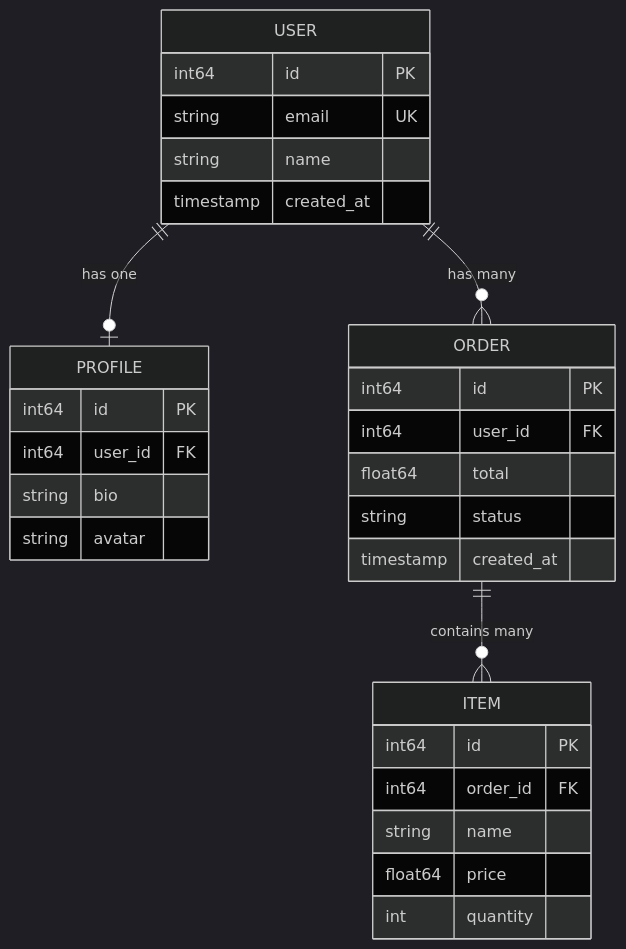
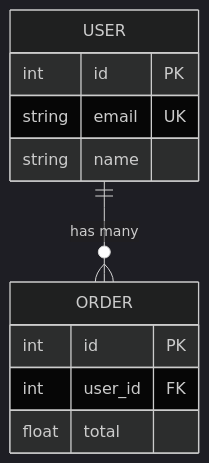
Before and after one commit to oskar-dragon/claude-setup-public: the second of 3 diagrams in commands/analyze/data/visualize.md, drawn with Mermaid (dark theme). The commit also changed other lines of this file and 44 other files, not shown here.

````diff
--- a/commands/analyze/data/visualize.md
+++ b/commands/analyze/data/visualize.md
@@ -210,36 +107,14 @@
 ```mermaid
 erDiagram
     USER {
-        int64 id PK
+        int id PK
         string email UK
         string name
-        timestamp created_at
     }
-
-    PROFILE {
-        int64 id PK
-        int64 user_id FK
-        string bio
-        string avatar
+    ORDER {
+        int id PK
+        int user_id FK
+        float total
     }
-
-    ORDER {
-        int64 id PK
-        int64 user_id FK
-        float64 total
-        string status
-        timestamp created_at
-    }
-
-    ITEM {
-        int64 id PK
-        int64 order_id FK
-        string name
-        float64 price
-        int quantity
-    }
-
-    USER ||--o| PROFILE : "has one"
     USER ||--o{ ORDER : "has many"
-    ORDER ||--o{ ITEM : "contains many"
 ```
````
